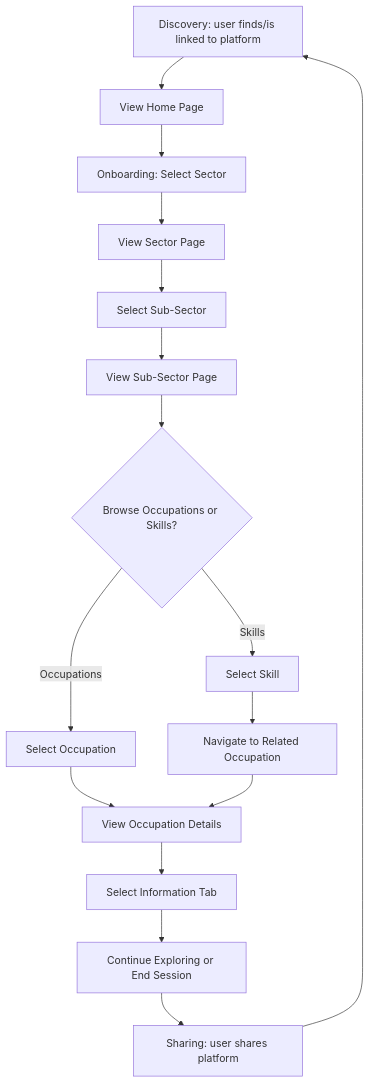
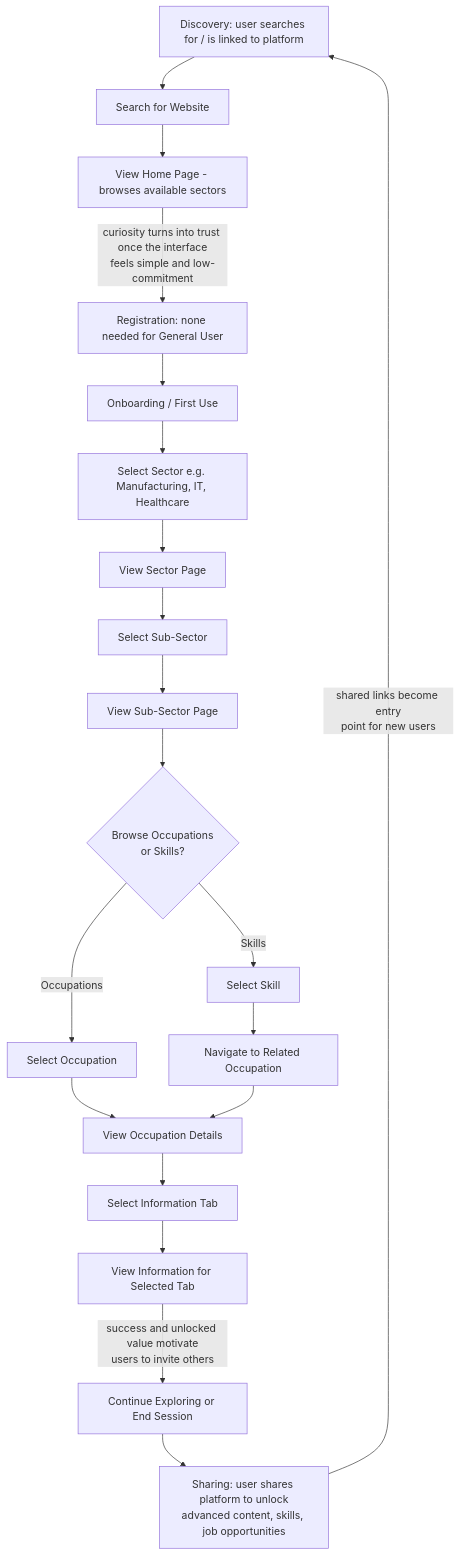
Before and after one commit to LuthandoVico/Skills-Mapping-Platform: the first of 3 diagrams in docs/USER_ROLES.md, drawn with Mermaid. The commit also changed other lines of this file, not shown here.

````diff
--- a/docs/USER_ROLES.md
+++ b/docs/USER_ROLES.md
@@ -147,18 +146,22 @@
 ```mermaid
 flowchart TD
-    A[Discovery: user finds/is linked to platform] --> B[View Home Page]
-    B --> C[Onboarding: Select Sector]
-    C --> D[View Sector Page]
-    D --> E[Select Sub-Sector]
-    E --> F[View Sub-Sector Page]
-    F --> G{Browse Occupations or Skills?}
-    G -->|Occupations| H[Select Occupation]
-    G -->|Skills| I[Select Skill]
-    I --> J[Navigate to Related Occupation]
-    H --> K[View Occupation Details]
-    J --> K
-    K --> L[Select Information Tab]
-    L --> M[Continue Exploring or End Session]
-    M --> N[Sharing: user shares platform]
-    N --> A
+    A[Discovery: user searches for / is linked to platform] --> B[Search for Website]
+    B --> C[View Home Page - browses available sectors]
+    C -->|"curiosity turns into trust once the interface<br/>feels simple and low-commitment"| D[Registration: none needed for General User]
+    D --> E[Onboarding / First Use]
+    E --> F[Select Sector e.g. Manufacturing, IT, Healthcare]
+    F --> G[View Sector Page]
+    G --> H[Select Sub-Sector]
+    H --> I[View Sub-Sector Page]
+    I --> J{Browse Occupations<br/>or Skills?}
+    J -->|Occupations| K[Select Occupation]
+    J -->|Skills| L[Select Skill]
+    L --> M[Navigate to Related Occupation]
+    K --> N[View Occupation Details]
+    M --> N
+    N --> O[Select Information Tab]
+    O --> P[View Information for Selected Tab]
+    P -->|"success and unlocked value motivate<br/>users to invite others"| Q[Continue Exploring or End Session]
+    Q --> R[Sharing: user shares platform to unlock<br/>advanced content, skills, job opportunities]
+    R -->|"shared links become entry<br/>point for new users"| A
 ```
````
